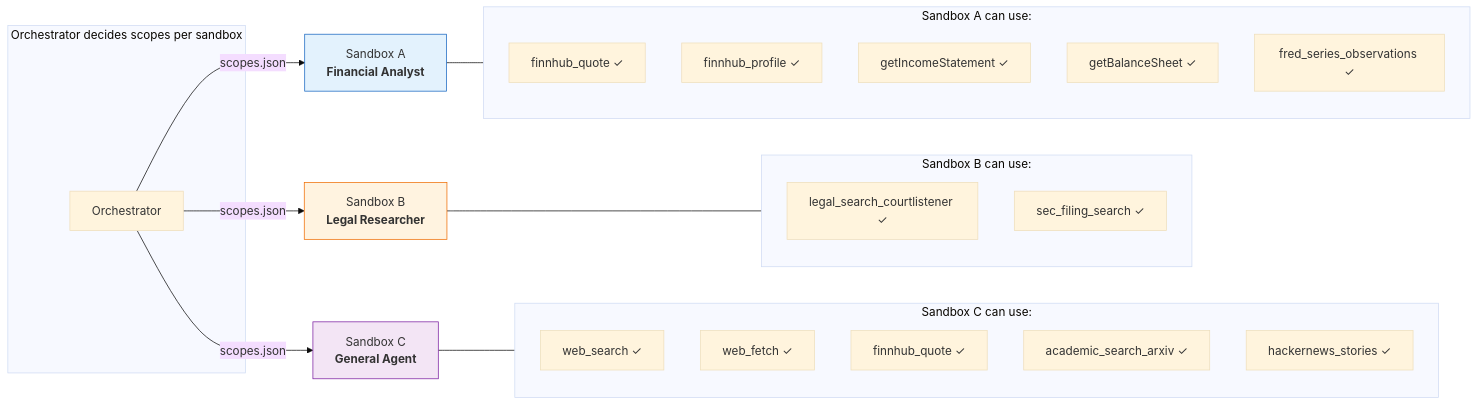
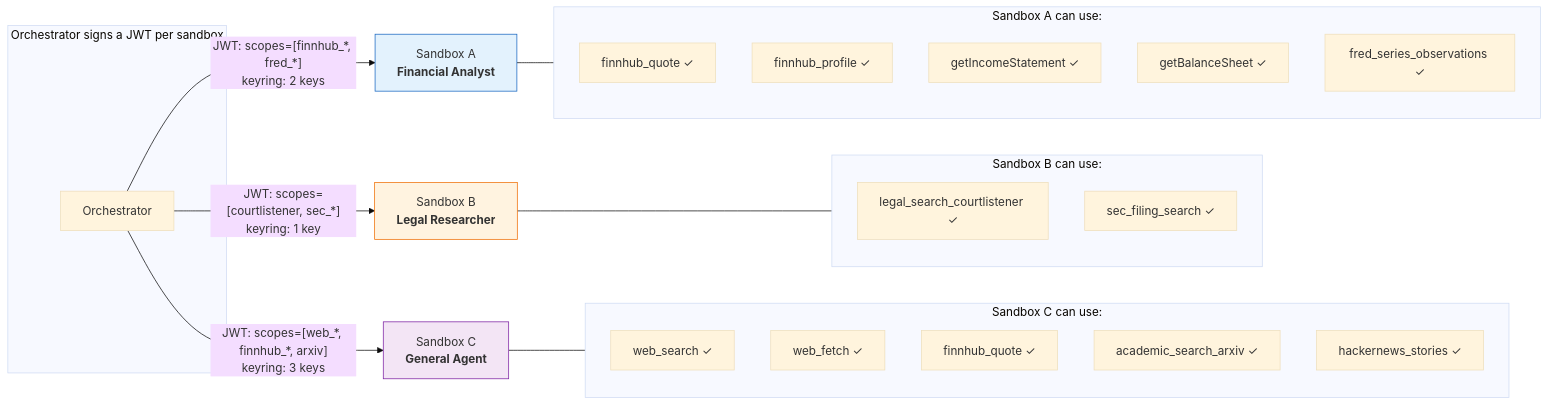
One commit to Parcha-ai/ati changed the fifth of 7 diagrams in README.md. Above: the diagram before and after it, drawn with Mermaid (base theme). The commit also changed other lines of this file, not shown here.

First line of the commit message:
docs: JWT is the session token — scopes, keyring key, expiry in one signed artifact

````diff
--- a/README.md
+++ b/README.md
@@ -304,39 +337,39 @@
 ```mermaid
 graph LR
-    subgraph "Orchestrator decides scopes per sandbox"
+    subgraph "Orchestrator signs a JWT per sandbox"
         O["Orchestrator"]
     end
 
-    O -->|"scopes.json"| SA["Sandbox A<br/><b>Financial Analyst</b>"]
-    O -->|"scopes.json"| SB["Sandbox B<br/><b>Legal Researcher</b>"]
-    O -->|"scopes.json"| SC["Sandbox C<br/><b>General Agent</b>"]
+    O -->|"JWT: scopes=[finnhub_*, fred_*]<br/>keyring: 2 keys"| SA["Sandbox A<br/><b>Financial Analyst</b>"]
+    O -->|"JWT: scopes=[courtlistener, sec_*]<br/>keyring: 1 key"| SB["Sandbox B<br/><b>Legal Researcher</b>"]
+    O -->|"JWT: scopes=[web_*, finnhub_*, arxiv]<br/>keyring: 3 keys"| SC["Sandbox C<br/><b>General Agent</b>"]
 
     subgraph SA_tools["Sandbox A can use:"]
         T1["finnhub_quote ✓"]
         T2["finnhub_profile ✓"]
         T3["getIncomeStatement ✓"]
         T4["getBalanceSheet ✓"]
         T5["fred_series_observations ✓"]
     end
 
     subgraph SB_tools["Sandbox B can use:"]
         T6["legal_search_courtlistener ✓"]
         T7["sec_filing_search ✓"]
     end
 
     subgraph SC_tools["Sandbox C can use:"]
         T8["web_search ✓"]
         T9["web_fetch ✓"]
         T10["finnhub_quote ✓"]
         T11["academic_search_arxiv ✓"]
         T12["hackernews_stories ✓"]
     end
 
     SA --- SA_tools
     SB --- SB_tools
     SC --- SC_tools
 
     style SA fill:#e3f2fd,stroke:#1565c0
     style SB fill:#fff3e0,stroke:#ef6c00
     style SC fill:#f3e5f5,stroke:#7b1fa2
 ```
````
